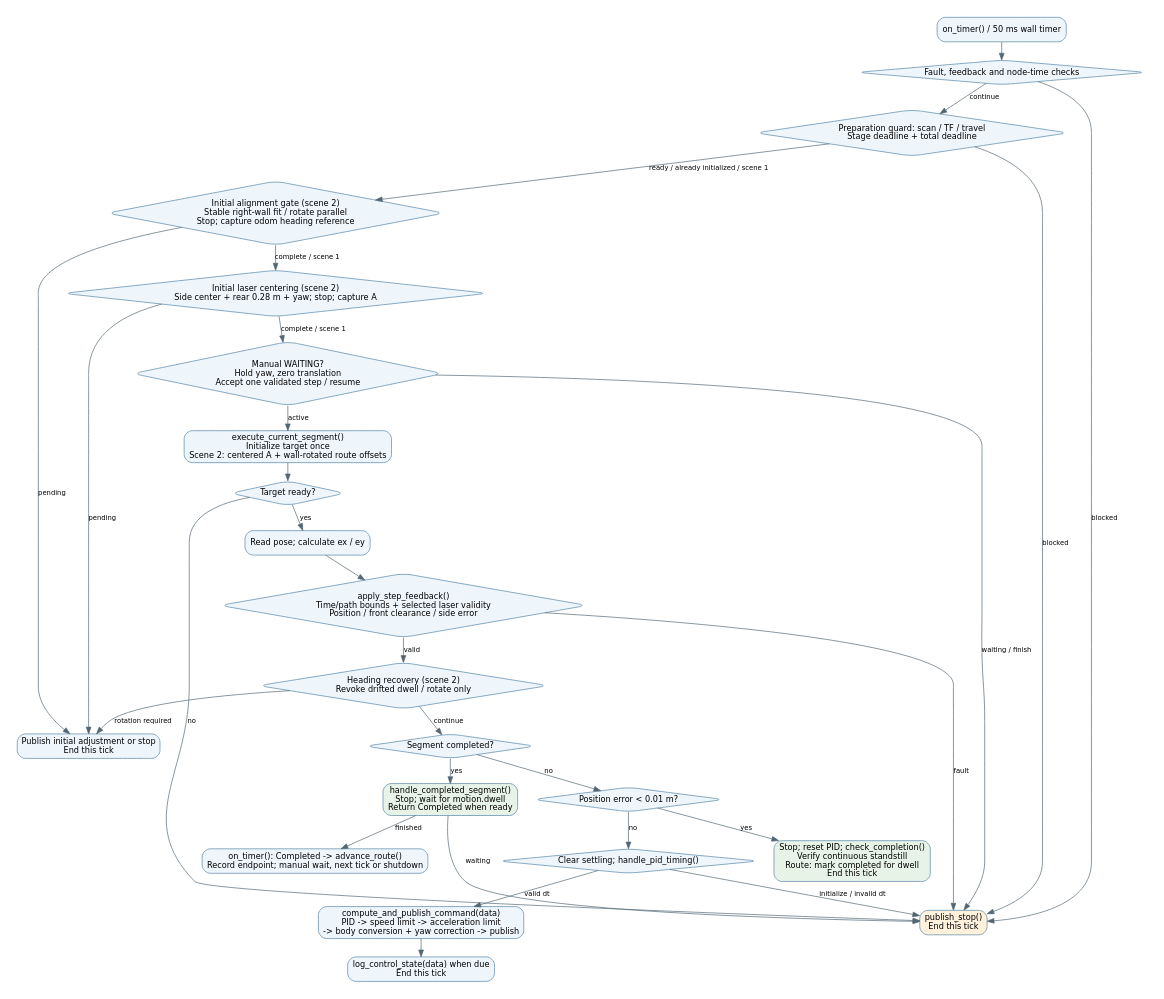
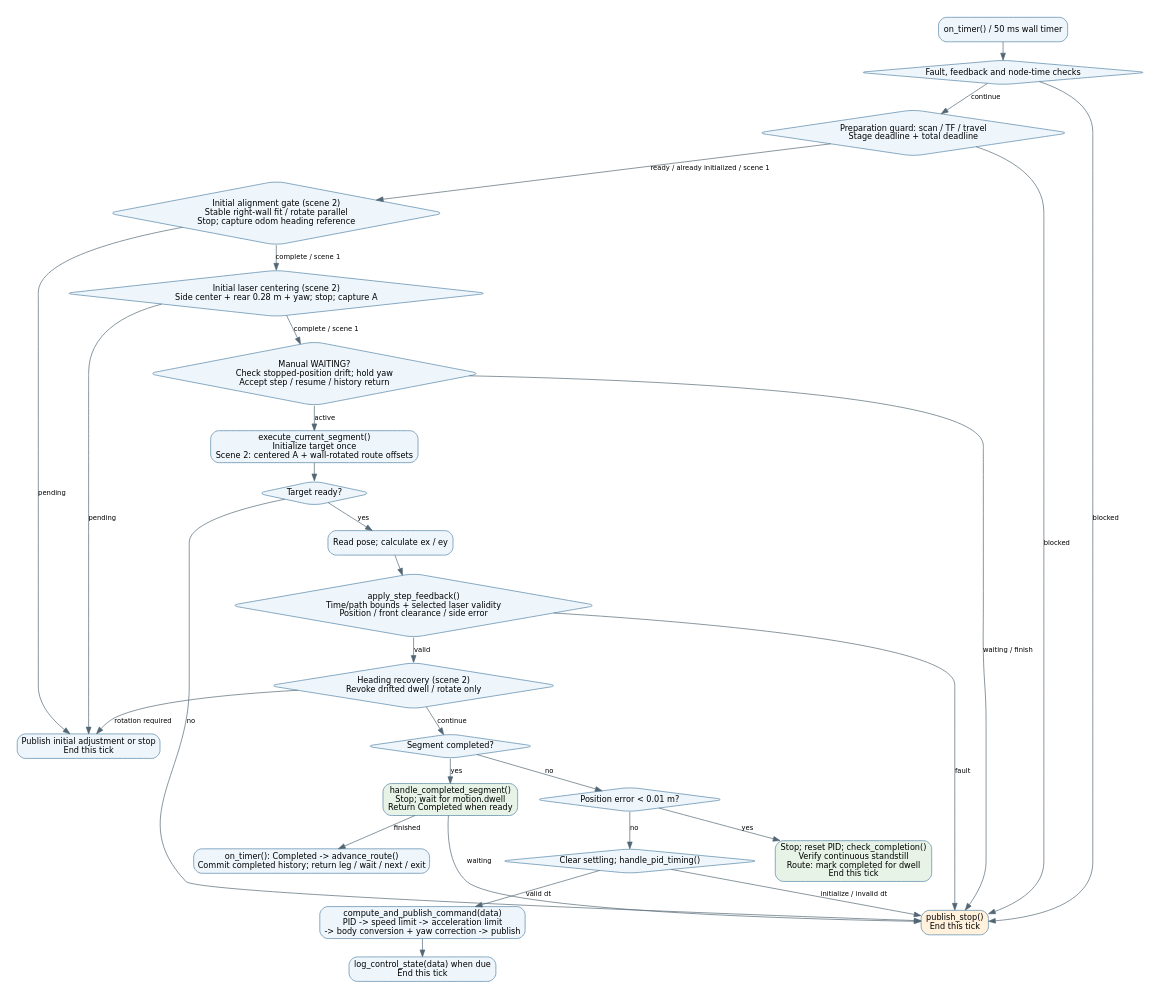
One commit to Cooper-Yu/distance_controller changed the diagram in docs/diagrams/control_flow.dot. Above: the diagram before and after it, drawn with Graphviz. The commit also changed 24 other files, not shown here.

Commit message:
Record completed route history and support bounded reverse traversal

```diff
--- a/docs/diagrams/control_flow.dot
+++ b/docs/diagrams/control_flow.dot
@@ -1,55 +1,55 @@
 digraph control {
   graph [rankdir=TB, bgcolor="white", pad="0.25", nodesep="0.3", ranksep="0.35"];
   node [shape=box, style="rounded,filled", fillcolor="#eef6fc", color="#5182a5", fontname="DejaVu Sans", fontsize=12];
   edge [color="#526674", fontname="DejaVu Sans", fontsize=10];
   start [label="on_timer() / 50 ms wall timer"];
   guard [label="Fault, feedback and node-time checks",shape=diamond];
   stop [label="publish_stop()\nEnd this tick",fillcolor="#fff1dc"];
   align [label="Initial alignment gate (scene 2)\nStable right-wall fit / rotate parallel\nStop; capture odom heading reference",shape=diamond];
   recover [label="Heading recovery (scene 2)\nRevoke drifted dwell / rotate only",shape=diamond];
   rotate [label="Publish initial adjustment or stop\nEnd this tick"];
   target [label="execute_current_segment()\nInitialize target once\nScene 2: centered A + wall-rotated route offsets"];
   valid [label="Target ready?",shape=diamond];
   errors [label="Read pose; calculate ex / ey"];
   done [label="Segment completed?",shape=diamond];
   dwell [label="handle_completed_segment()\nStop; wait for motion.dwell\nReturn Completed when ready",fillcolor="#e7f3e6"];
   near [label="Position error < 0.01 m?",shape=diamond];
   settle [label="Stop; reset PID; check_completion()\nVerify continuous standstill\nRoute: mark completed for dwell\nEnd this tick",fillcolor="#e7f3e6"];
   timing [label="Clear settling; handle_pid_timing()",shape=diamond];
   compute [label="compute_and_publish_command(data)\nPID -> speed limit -> acceleration limit\n-> body conversion + yaw correction -> publish"];
   log [label="log_control_state(data) when due\nEnd this tick"];
   start -> guard;
   guard -> stop [label="blocked"];
   scan [label="Preparation guard: scan / TF / travel\nStage deadline + total deadline",shape=diamond];
   center [label="Initial laser centering (scene 2)\nSide center + rear 0.28 m + yaw; stop; capture A",shape=diamond];
   guard -> scan [label="continue"];
   scan -> stop [label="blocked"];
   scan -> align [label="ready / already initialized / scene 1"];
   align -> rotate [label="pending"];
   align -> center [label="complete / scene 1"];
   center -> rotate [label="pending"];
-  idle [label="Manual WAITING?\nHold yaw, zero translation\nAccept one validated step / resume",shape=diamond];
+  idle [label="Manual WAITING?\nCheck stopped-position drift; hold yaw\nAccept step / resume / history return",shape=diamond];
   feedback [label="apply_step_feedback()\nTime/path bounds + selected laser validity\nPosition / front clearance / side error",shape=diamond];
   center -> idle [label="complete / scene 1"];
   idle -> stop [label="waiting / finish"];
   idle -> target [label="active"];
 
   target -> valid;
   valid -> stop [label="no"];
   valid -> errors [label="yes"];
   errors -> feedback;
   feedback -> stop [label="fault"];
   feedback -> recover [label="valid"];
   recover -> rotate [label="rotation required"];
   recover -> done [label="continue"];
   done -> dwell [label="yes"];
-  advance [label="on_timer(): Completed -> advance_route()\nRecord endpoint; manual wait, next tick or shutdown"];
+  advance [label="on_timer(): Completed -> advance_route()\nCommit completed history; return leg / wait / next / exit"];
   dwell -> advance [label="finished"];
   dwell -> stop [label="waiting"];
   done -> near [label="no"];
   near -> settle [label="yes"];
   near -> timing [label="no"];
   timing -> stop [label="initialize / invalid dt"];
   timing -> compute [label="valid dt"];
   compute -> log;
 }
```
